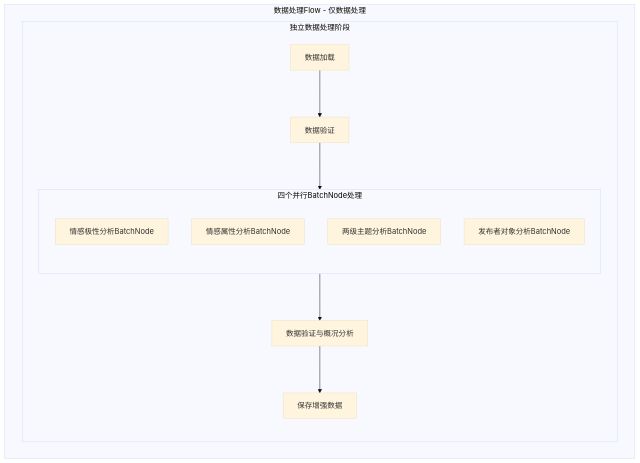
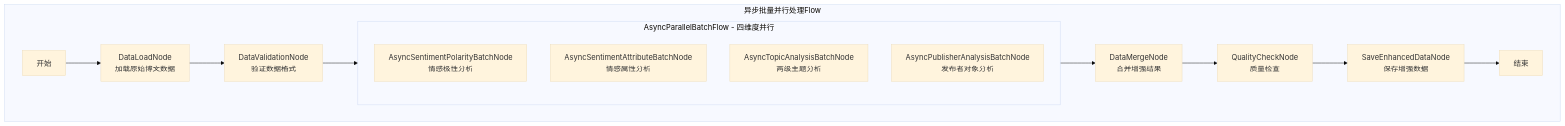
One commit to Hyacehila/AnalysisPosts changed the fourth of 9 diagrams in doc/design.md. Above: the diagram before and after it, drawn with Mermaid (base theme). The commit also changed other lines of this file, not shown here.

First line of the commit message:
docs: restructure design documentation with detailed architecture

````diff
--- a/doc/design.md
+++ b/doc/design.md
@@ -451,19 +428,20 @@
 ```mermaid
 flowchart TD
-    subgraph DataProcessingFlow[数据处理Flow - 仅数据处理]
-        subgraph data_processing_stage_standalone[独立数据处理阶段]
-            data_load_standalone[数据加载] --> data_validation_standalone[数据验证]
-            data_validation_standalone --> parallel_analysis_standalone[四个并行BatchNode]
-            
-            subgraph parallel_analysis_standalone[四个并行BatchNode处理]
-                sentiment_polarity_standalone[情感极性分析BatchNode]
-                sentiment_attribute_standalone[情感属性分析BatchNode]
-                topic_analysis_standalone[两级主题分析BatchNode]
-                publisher_analysis_standalone[发布者对象分析BatchNode]
-            end
-            
-            parallel_analysis_standalone --> data_validation_overview[数据验证与概况分析]
-            data_validation_overview --> save_enhanced_data[保存增强数据]
+    subgraph AsyncEnhancementFlow[异步批量并行处理Flow]
+        async_start[开始] --> async_load[DataLoadNode<br/>加载原始博文数据]
+        async_load --> async_validate[DataValidationNode<br/>验证数据格式]
+        async_validate --> async_parallel[AsyncParallelBatchFlow<br/>异步并行处理]
+        
+        subgraph async_parallel[AsyncParallelBatchFlow - 四维度并行]
+            async_sentiment_polarity[AsyncSentimentPolarityBatchNode<br/>情感极性分析]
+            async_sentiment_attribute[AsyncSentimentAttributeBatchNode<br/>情感属性分析]
+            async_topic[AsyncTopicAnalysisBatchNode<br/>两级主题分析]
+            async_publisher[AsyncPublisherAnalysisBatchNode<br/>发布者对象分析]
         end
+        
+        async_parallel --> async_merge[DataMergeNode<br/>合并增强结果]
+        async_merge --> async_quality[QualityCheckNode<br/>质量检查]
+        async_quality --> async_save[SaveEnhancedDataNode<br/>保存增强数据]
+        async_save --> async_end[结束]
     end
 ```
````
